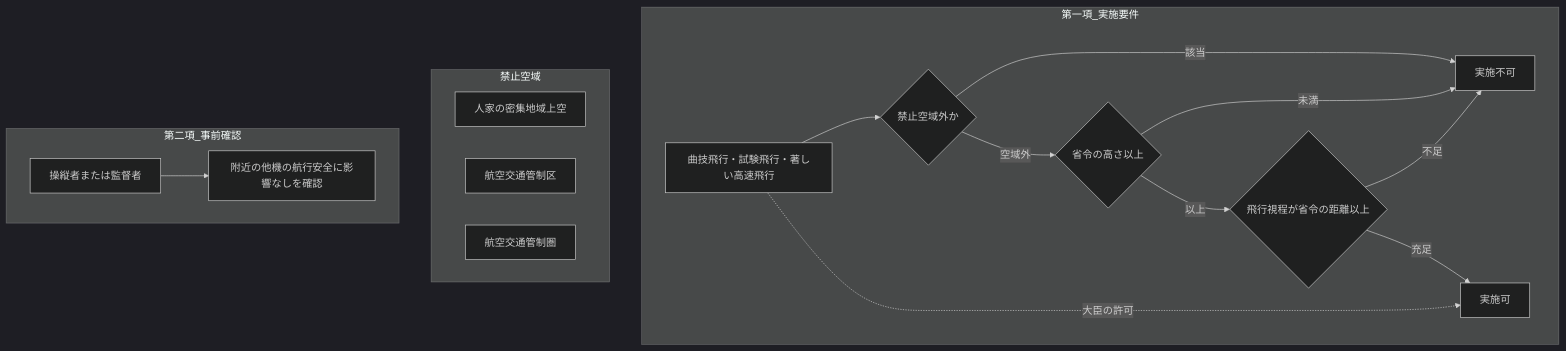
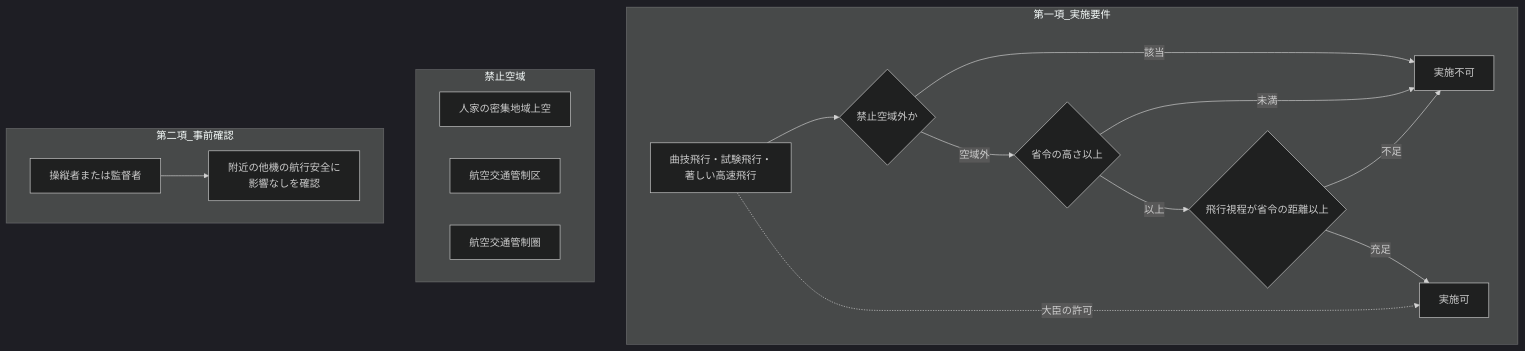
Diagram 23 of 30 in chapters/06_第六章.md (yonemotoBB/pil), drawn with Mermaid (dark theme) before and after one commit. The commit also changed other lines of this file, not shown here.

````diff
--- a/chapters/06_第六章.md
+++ b/chapters/06_第六章.md
@@ -1264,21 +1264,21 @@
 ```mermaid
 flowchart TD
   subgraph 第一項_実施要件
-    A["曲技飛行・試験飛行・著しい高速飛行"] --> B{"禁止空域外か"}
+    A["曲技飛行・試験飛行・<br>著しい高速飛行"] --> B{"禁止空域外か"}
     B -->|該当| X["実施不可"]
     B -->|空域外| C{"省令の高さ以上"}
     C -->|未満| X
     C -->|以上| Dd{"飛行視程が省令の距離以上"}
     Dd -->|不足| X
     Dd -->|充足| E["実施可"]
     A -. 大臣の許可 .-> E
   end
   subgraph 禁止空域
     Z1["人家の密集地域上空"]
     Z2["航空交通管制区"]
     Z3["航空交通管制圏"]
   end
   subgraph 第二項_事前確認
-    F["操縦者または監督者"] --> G["附近の他機の航行安全に影響なしを確認"]
+    F["操縦者または監督者"] --> G["附近の他機の航行安全に<br>影響なしを確認"]
   end
 ```
````
